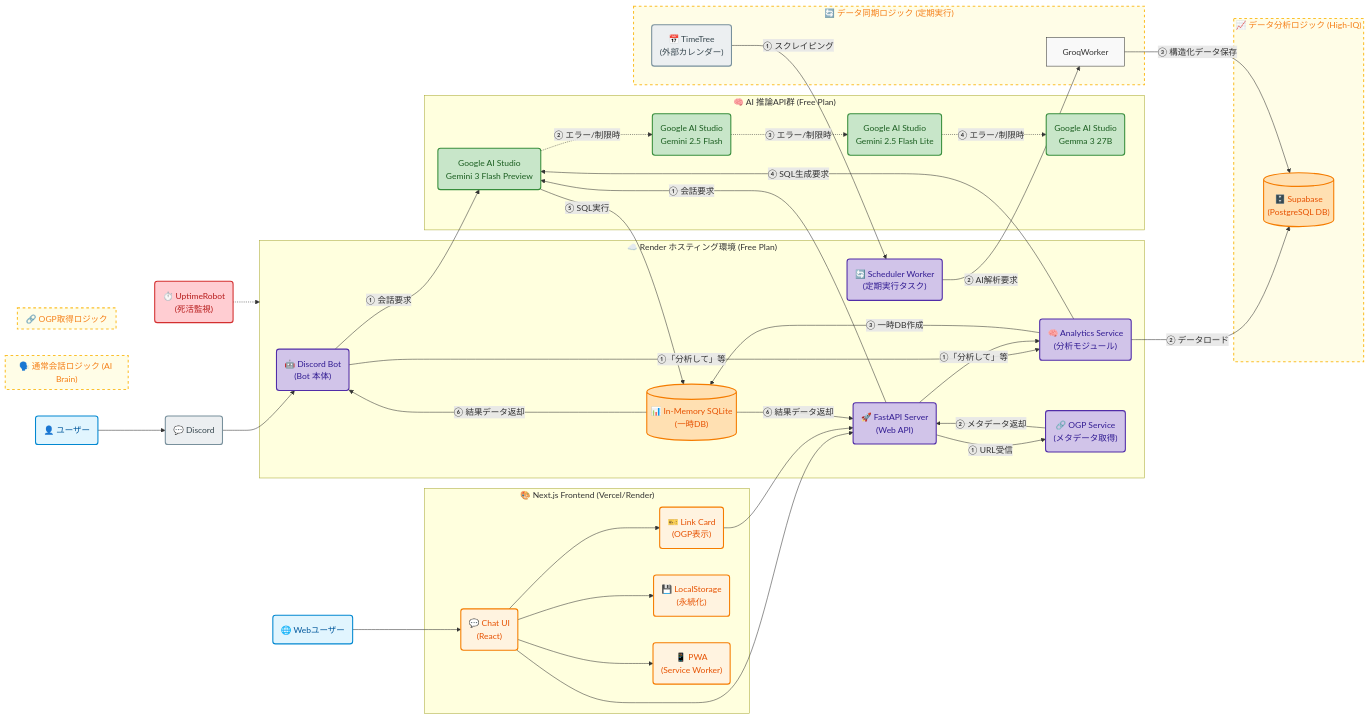
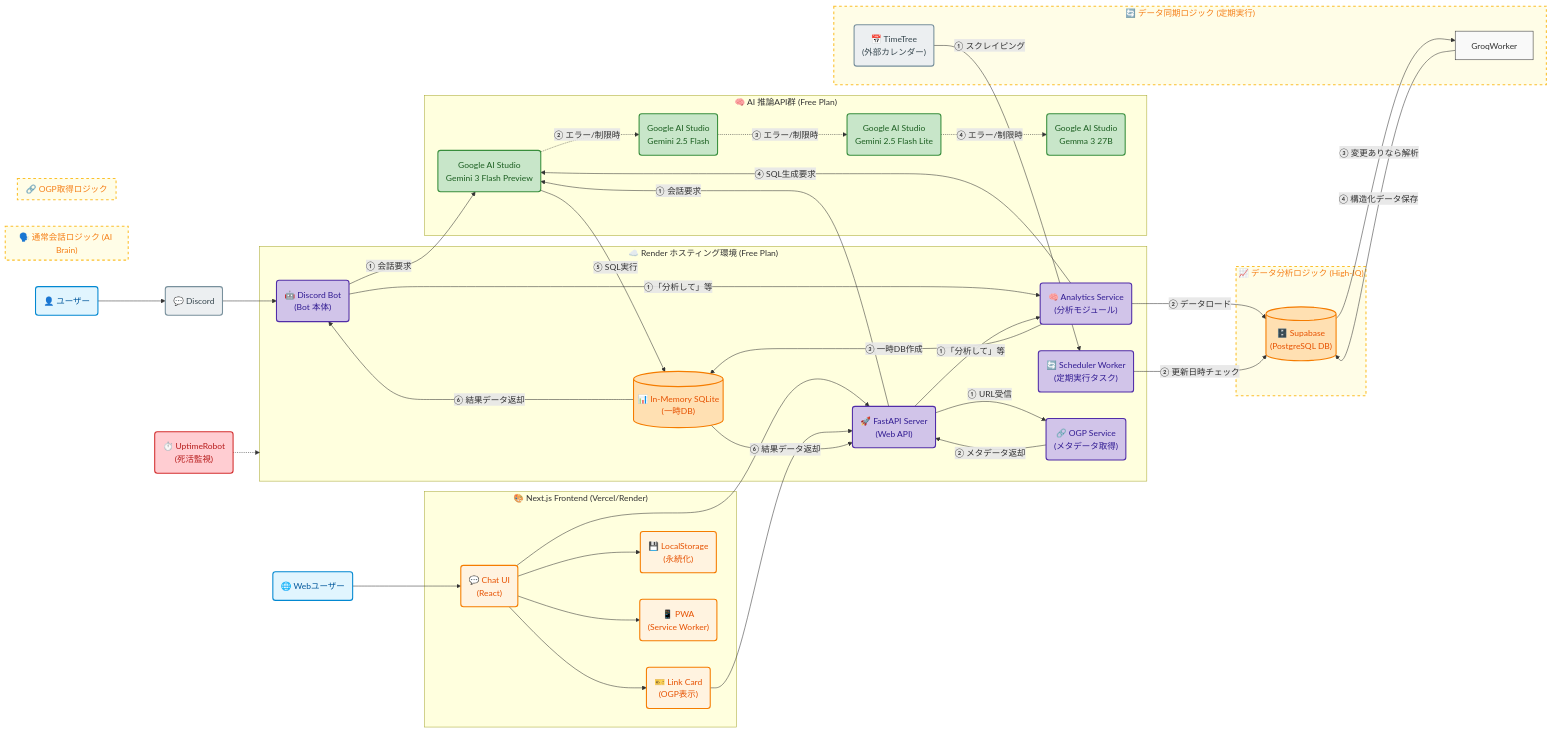
The diagram in docs/SPEC.md (kawada612-bit/ai-mau-bot), drawn with Mermaid before and after one commit. The commit also changed other lines of this file and 4 other files, not shown here.

```diff
--- a/docs/SPEC.md
+++ b/docs/SPEC.md
@@ -96,8 +96,9 @@
     %% 3. データ同期ロジック
     subgraph Logic_Sync ["🔄 データ同期ロジック (定期実行)"]
         TimeTree -->|"① スクレイピング"| Worker
-        Worker -->|"② AI解析要求"| GroqWorker
-        GroqWorker -->|"③ 構造化データ保存"| DB
+        Worker -->|"② 更新日時チェック"| DB
+        DB -->|"③ 変更ありなら解析"| GroqWorker
+        GroqWorker -->|"④ 構造化データ保存"| DB
     end
 
     %% 4. OGP取得ロジック
```
